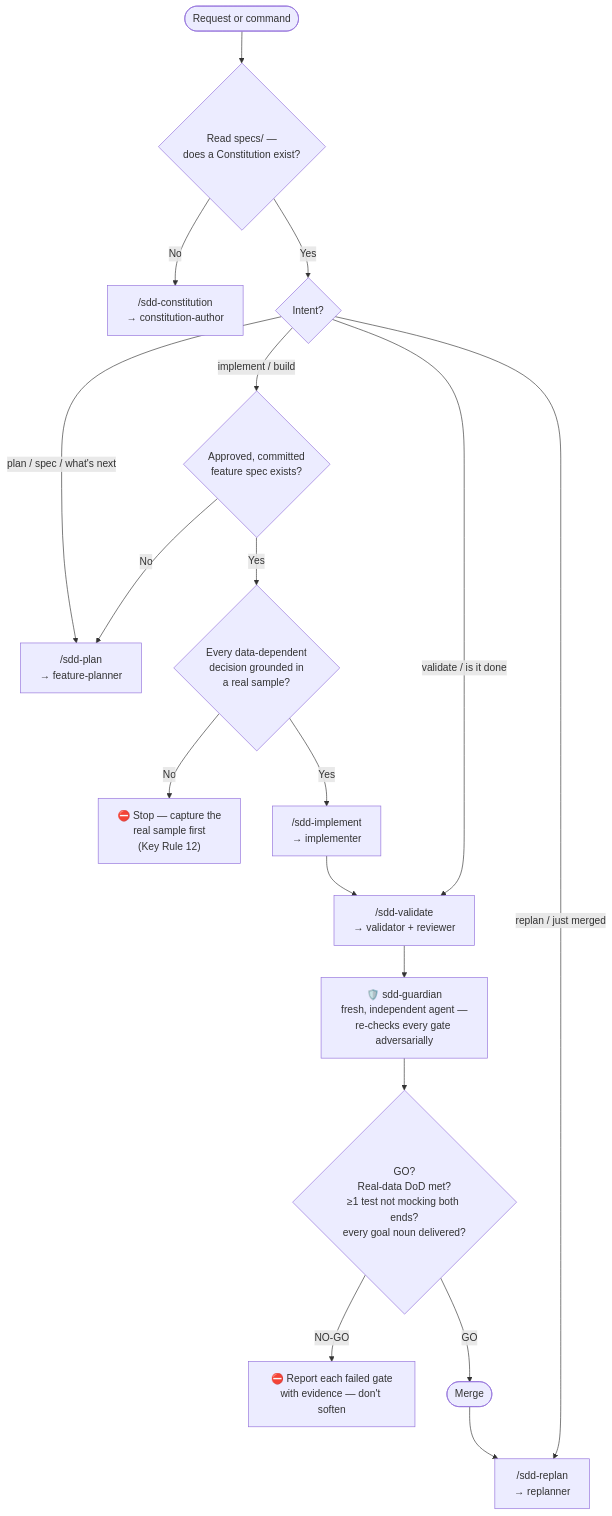
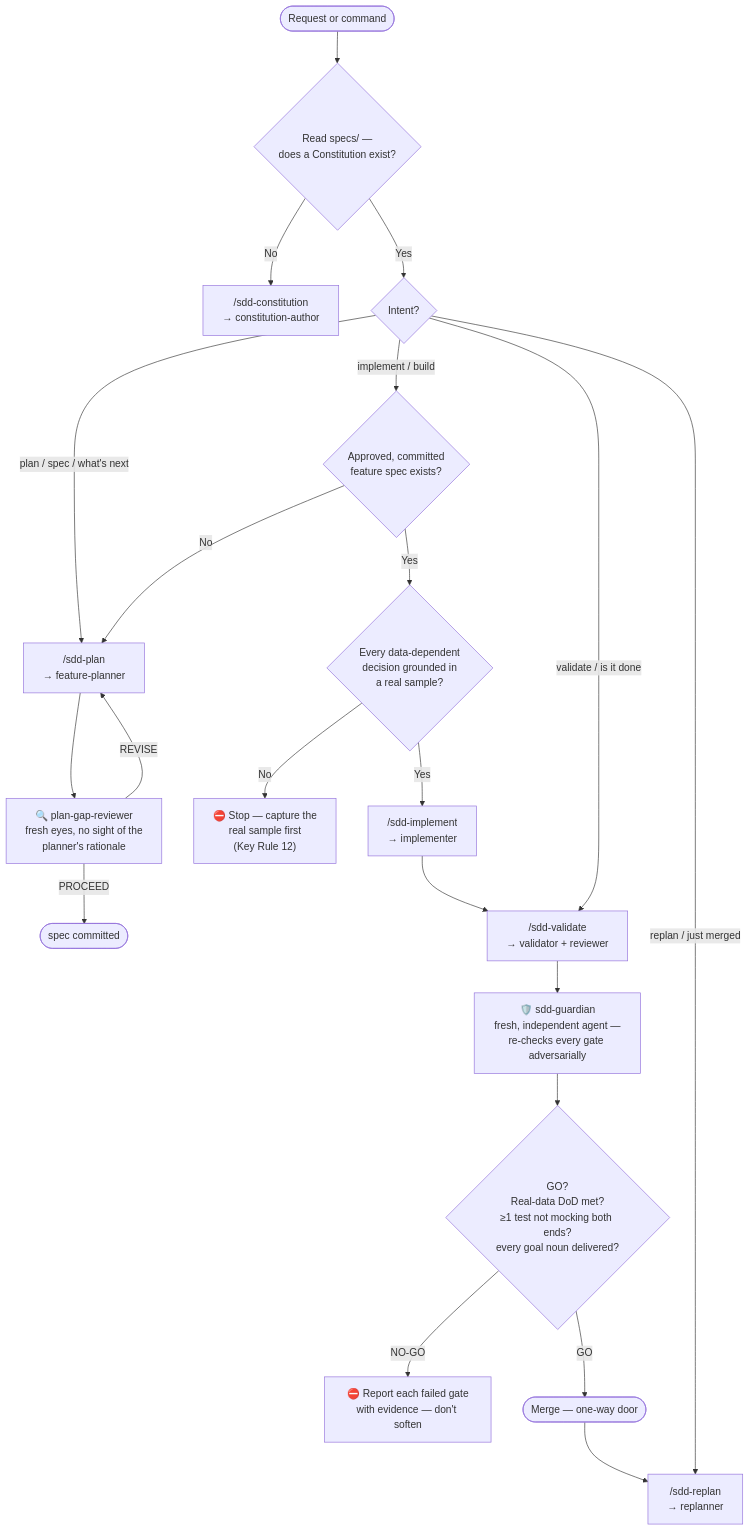
The second of 3 diagrams in README.md (blutrich/sdd-kit), drawn with Mermaid before and after one commit. The commit also changed other lines of this file and 106 other files, not shown here.

````diff
--- a/README.md
+++ b/README.md
@@ -50,22 +144,26 @@
 ```mermaid
 flowchart TD
     START([Request or command]) --> ORIENT{"Read specs/ —<br/>does a Constitution exist?"}
     ORIENT -->|No| CONST["/sdd-constitution<br/>→ constitution-author"]
     ORIENT -->|Yes| INTENT{Intent?}
 
     INTENT -->|"plan / spec / what's next"| PLAN["/sdd-plan<br/>→ feature-planner"]
     INTENT -->|"implement / build"| GATE1{"Approved, committed<br/>feature spec exists?"}
     INTENT -->|"validate / is it done"| VAL["/sdd-validate<br/>→ validator + reviewer"]
     INTENT -->|"replan / just merged"| REPLAN["/sdd-replan<br/>→ replanner"]
 
+    PLAN --> PGR["🔍 plan-gap-reviewer<br/>fresh eyes, no sight of the<br/>planner's rationale"]
+    PGR -->|REVISE| PLAN
+    PGR -->|PROCEED| READY([spec committed])
+
     GATE1 -->|No| PLAN
     GATE1 -->|Yes| GATE2{"Every data-dependent<br/>decision grounded in<br/>a real sample?"}
     GATE2 -->|No| GROUND["⛔ Stop — capture the<br/>real sample first<br/>(Key Rule 12)"]
     GATE2 -->|Yes| IMPL["/sdd-implement<br/>→ implementer"]
 
     IMPL --> VAL
     VAL --> GUARD["🛡️ sdd-guardian<br/>fresh, independent agent —<br/>re-checks every gate adversarially"]
     GUARD --> DONE{"GO?<br/>Real-data DoD met?<br/>≥1 test not mocking both ends?<br/>every goal noun delivered?"}
     DONE -->|"NO-GO"| FIX["⛔ Report each failed gate<br/>with evidence — don't soften"]
-    DONE -->|"GO"| MERGE([Merge]) --> REPLAN
+    DONE -->|"GO"| MERGE([Merge — one-way door]) --> REPLAN
 ```
````
